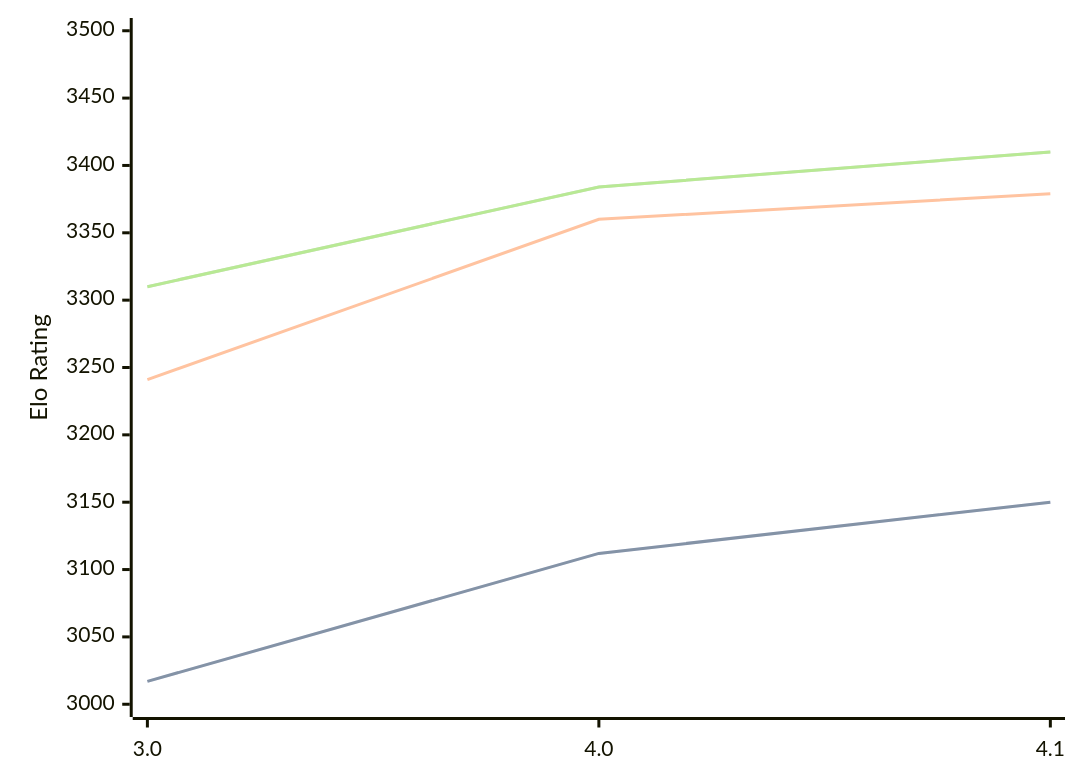
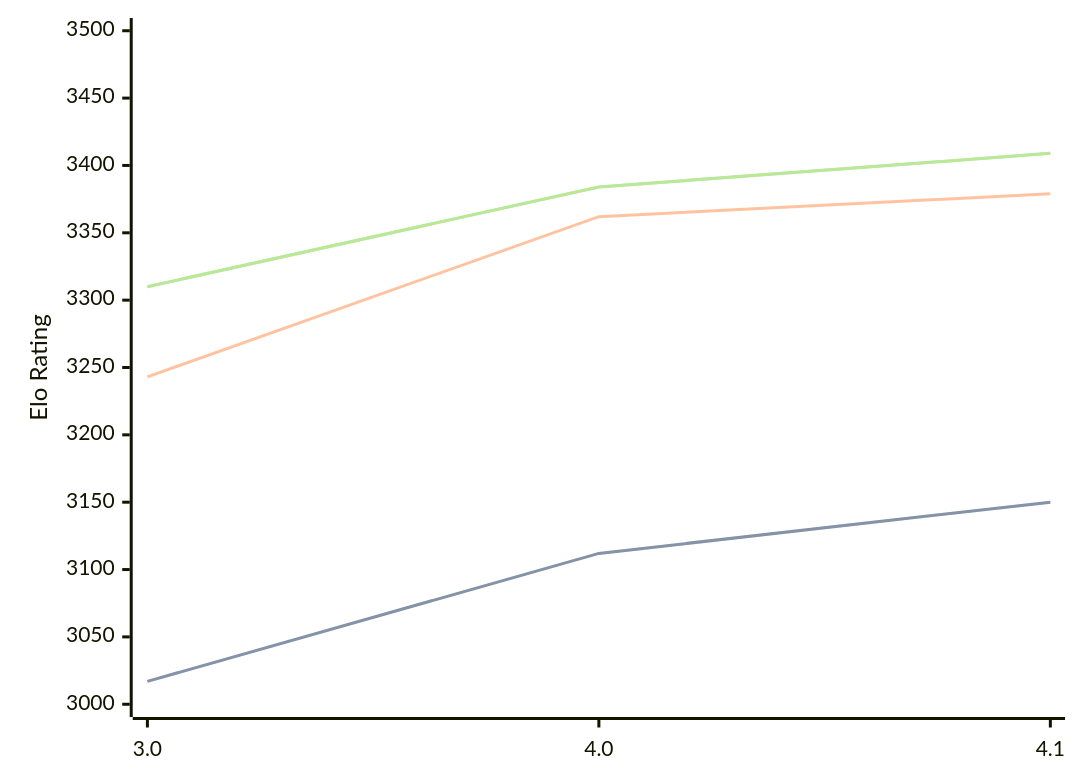
One commit to computer-chess-index/cci changed the first of 3 diagrams in engines/Eleanor.md. Above: the diagram before and after it, drawn with Mermaid. The commit also changed other lines of this file, not shown here.

Commit message:
Update CCI Ratings (ELO VLTC) - 2026-07-08

````diff
--- a/engines/Eleanor.md
+++ b/engines/Eleanor.md
@@ -35,11 +35,11 @@
 ```mermaid
 %%{init: {"theme":"base","themeVariables":{"seriesColors:['#a3a3a3','#222221','#faa371']}}}%%
 xychart-beta
   x-axis ["3.0", "4.0", "4.1"]
   y-axis "Elo Rating" 3000 --> 3500
   line "STC (8.0+0.08s)" [3017, 3112, 3150]
   line "STC (8.0+0.08s)" [3017, 3112, 3150]
-  line "LTC (60.0+0.60s)" [3241, 3360, 3379]
-  line "VLTC (2m24s+1.12s)" [3310, 3384, 3410]
-  line "VLTC (2m24s+1.12s)" [3310, 3384, 3410]
+  line "LTC (60.0+0.60s)" [3243, 3362, 3379]
+  line "VLTC (2m24s+1.12s)" [3310, 3384, 3409]
+  line "VLTC (2m24s+1.12s)" [3310, 3384, 3409]
 ```
````
